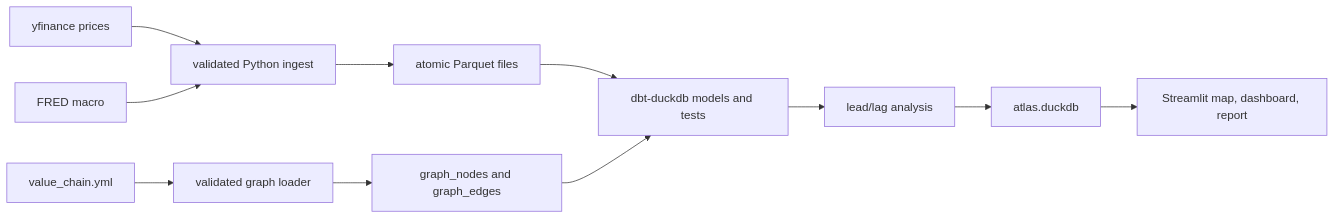
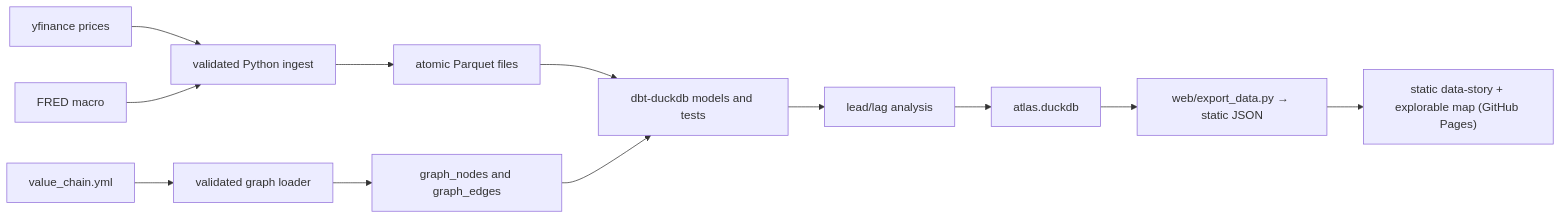
Before and after one commit to kc5587/atlas: the diagram in atlas/README.md, drawn with Mermaid. The commit also changed other lines of this file and 7 other files, not shown here.

First line of the commit message:
ci(web): build/test workflow + Pages deploy; retire Streamlit

````diff
--- a/atlas/README.md
+++ b/atlas/README.md
@@ -19,13 +19,14 @@
 ```mermaid
 flowchart LR
     Y["yfinance prices"] --> I["validated Python ingest"]
     F["FRED macro"] --> I
     S["value_chain.yml"] --> G["validated graph loader"]
     I --> P["atomic Parquet files"]
     P --> D["dbt-duckdb models and tests"]
     G --> K["graph_nodes and graph_edges"]
     K --> D
     D --> A["lead/lag analysis"]
     A --> DB["atlas.duckdb"]
-    DB --> UI["Streamlit map, dashboard, report"]
+    DB --> EX["web/export_data.py → static JSON"]
+    EX --> WEB["static data-story + explorable map (GitHub Pages)"]
 ```
````
